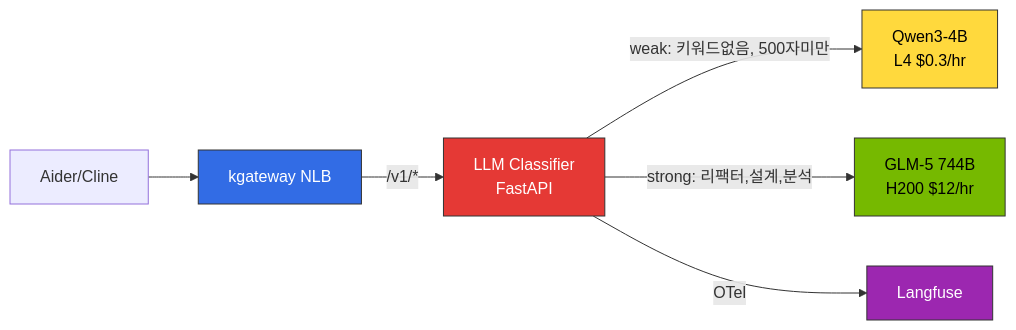
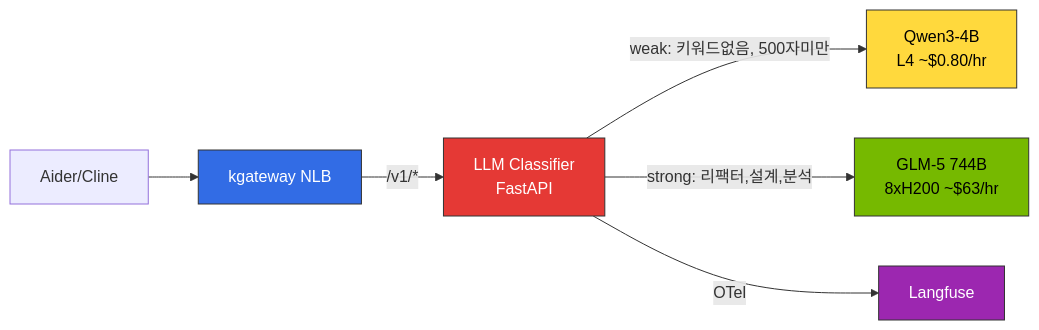
One commit to devfloor9/engineering-playbook changed the second of 3 diagrams in docs/agentic-ai-platform/model-serving/inference-routing/request-cascading.md. Above: the diagram before and after it, drawn with Mermaid. The commit also changed other lines of this file and 5 other files, not shown here.

````diff
--- a/docs/agentic-ai-platform/model-serving/inference-routing/request-cascading.md
+++ b/docs/agentic-ai-platform/model-serving/inference-routing/request-cascading.md
@@ -81,14 +81,14 @@
 ```mermaid
 graph LR
     Client[Aider/Cline] --> KGW[kgateway NLB]
     KGW -->|/v1/*| CLS[LLM Classifier<br/>FastAPI]
-    CLS -->|weak: 키워드없음, 500자미만| SLM[Qwen3-4B<br/>L4 $0.3/hr]
-    CLS -->|strong: 리팩터,설계,분석| LLM[GLM-5 744B<br/>H200 $12/hr]
+    CLS -->|weak: 키워드없음, 500자미만| SLM[Qwen3-4B<br/>L4 ~$0.80/hr]
+    CLS -->|strong: 리팩터,설계,분석| LLM[GLM-5 744B<br/>8xH200 ~$63/hr]
     CLS -->|OTel| LF[Langfuse]
 
     style KGW fill:#326ce5,stroke:#333,color:#fff
     style CLS fill:#e53935,stroke:#333,color:#fff
     style SLM fill:#ffd93d,stroke:#333,color:#000
     style LLM fill:#76b900,stroke:#333,color:#000
     style LF fill:#9c27b0,stroke:#333,color:#fff
 ```
````
